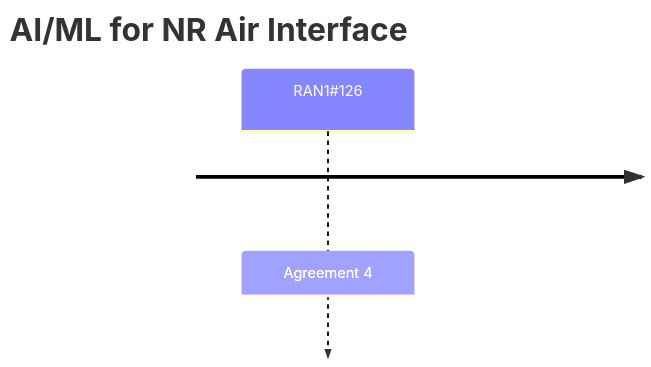
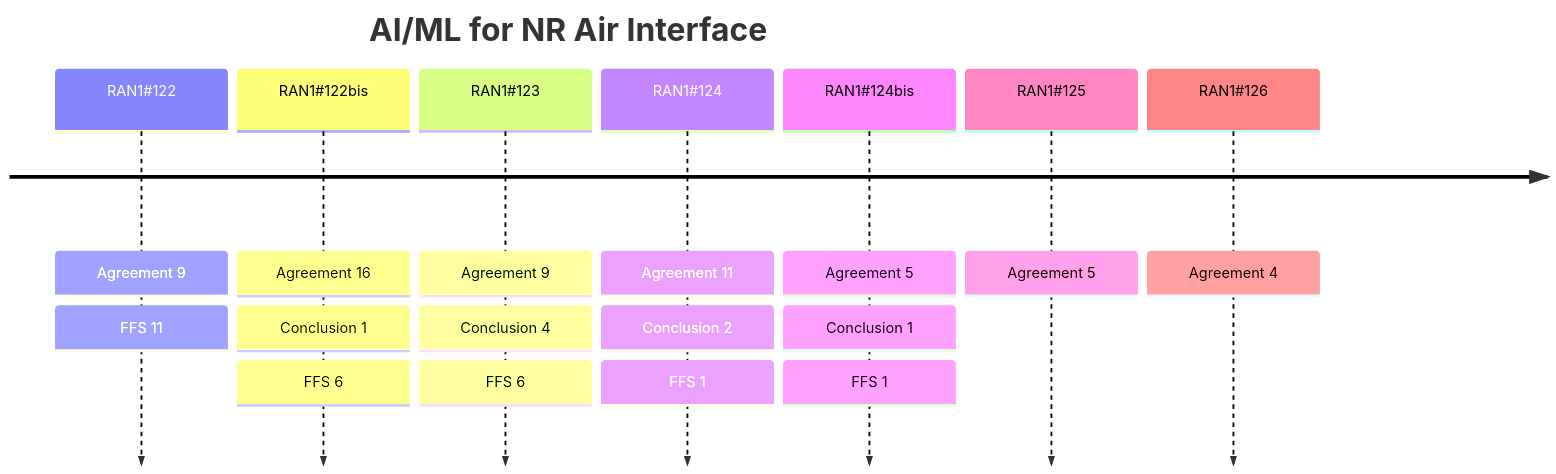
One commit to jgunmoon/JG_Test_Project changed the diagram in reports/by_item/aiml_air_interface.md. Above: the diagram before and after it, drawn with Mermaid. The commit also changed other lines of this file and 21 other files, not shown here.

````diff
--- a/reports/by_item/aiml_air_interface.md
+++ b/reports/by_item/aiml_air_interface.md
@@ -7,5 +7,11 @@
 ```mermaid
 timeline
     title AI/ML for NR Air Interface
+    RAN1#35;122 : Agreement 9 : FFS 11
+    RAN1#35;122bis : Agreement 16 : Conclusion 1 : FFS 6
+    RAN1#35;123 : Agreement 9 : Conclusion 4 : FFS 6
+    RAN1#35;124 : Agreement 11 : Conclusion 2 : FFS 1
+    RAN1#35;124bis : Agreement 5 : Conclusion 1 : FFS 1
+    RAN1#35;125 : Agreement 5
     RAN1#35;126 : Agreement 4
 ```
````
